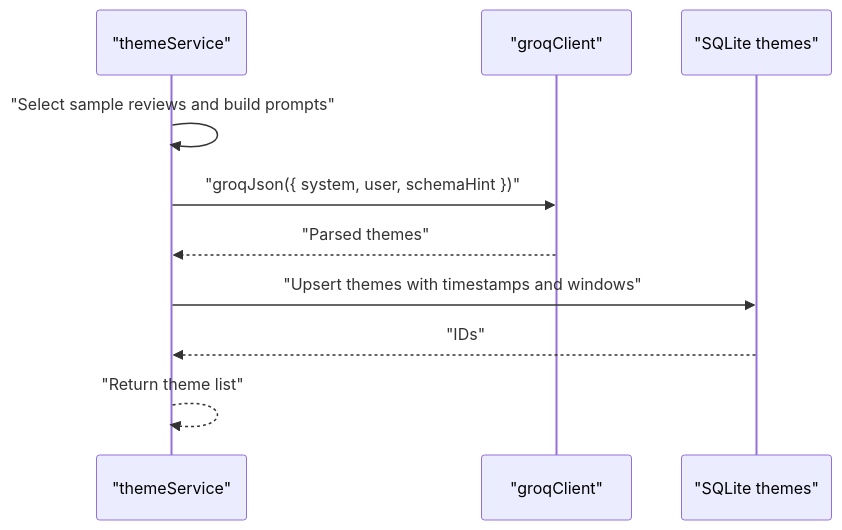
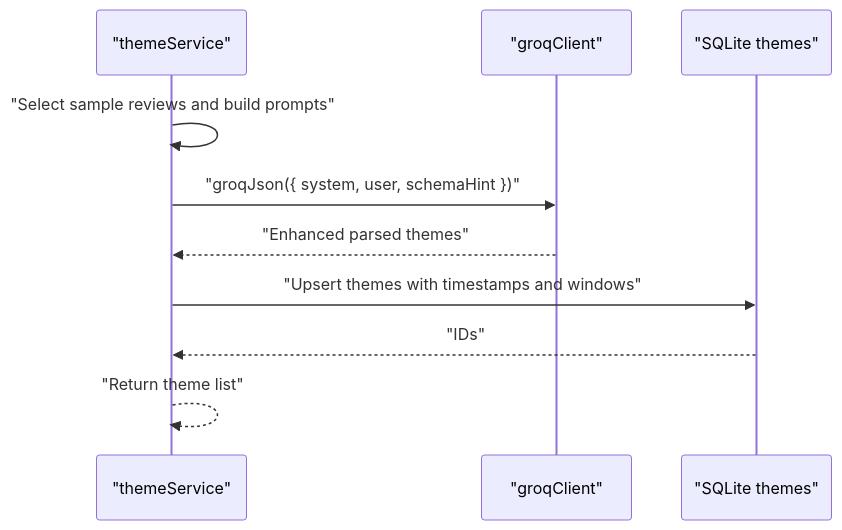
One commit to aravinthraj-ramalingam/Groww-App-Review-Insights-Analyzer- changed the fifth of 9 diagrams in .qoder/repowiki/en/content/Phase 2_ Advanced Analytics & Automation/LLM Integration with Groq.md. Above: the diagram before and after it, drawn with Mermaid. The commit also changed other lines of this file and 4 other files, not shown here.

````diff
--- a/.qoder/repowiki/en/content/Phase 2_ Advanced Analytics & Automation/LLM Integration with Groq.md
+++ b/.qoder/repowiki/en/content/Phase 2_ Advanced Analytics & Automation/LLM Integration with Groq.md
@@ -208,12 +222,12 @@
 ```mermaid
 sequenceDiagram
 participant Svc as "themeService"
 participant Groq as "groqClient"
 participant DB as "SQLite themes"
 Svc->>Svc : "Select sample reviews and build prompts"
 Svc->>Groq : "groqJson({ system, user, schemaHint })"
-Groq-->>Svc : "Parsed themes"
+Groq-->>Svc : "Enhanced parsed themes"
 Svc->>DB : "Upsert themes with timestamps and windows"
 DB-->>Svc : "IDs"
 Svc-->>Svc : "Return theme list"
 ```
````
